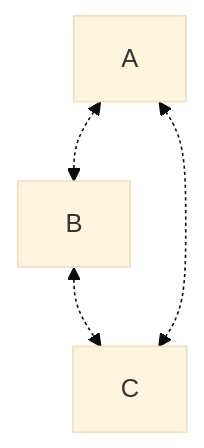
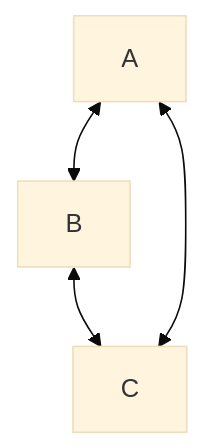
One commit to kianenigma/kianenigma.github.io changed the diagram in src/site/notes/Blockchain-Reimagined/Content/Verifiable Distributed Systems.md. Above: the diagram before and after it, drawn with Mermaid (base theme). The commit also changed other lines of this file, not shown here.

Commit message:
Update content src/site/notes/Blockchain-Reimagined/Content/Verifiable Distributed Systems.md

````diff
--- a/src/site/notes/Blockchain-Reimagined/Content/Verifiable Distributed Systems.md
+++ b/src/site/notes/Blockchain-Reimagined/Content/Verifiable Distributed Systems.md
@@ -11,5 +11,5 @@
 ```mermaid
 flowchart 
-	A <-.-> B <-.-> C
-	A <-.-> C
+	A <--> B <--> C
+	A <--> C
 ```
````
